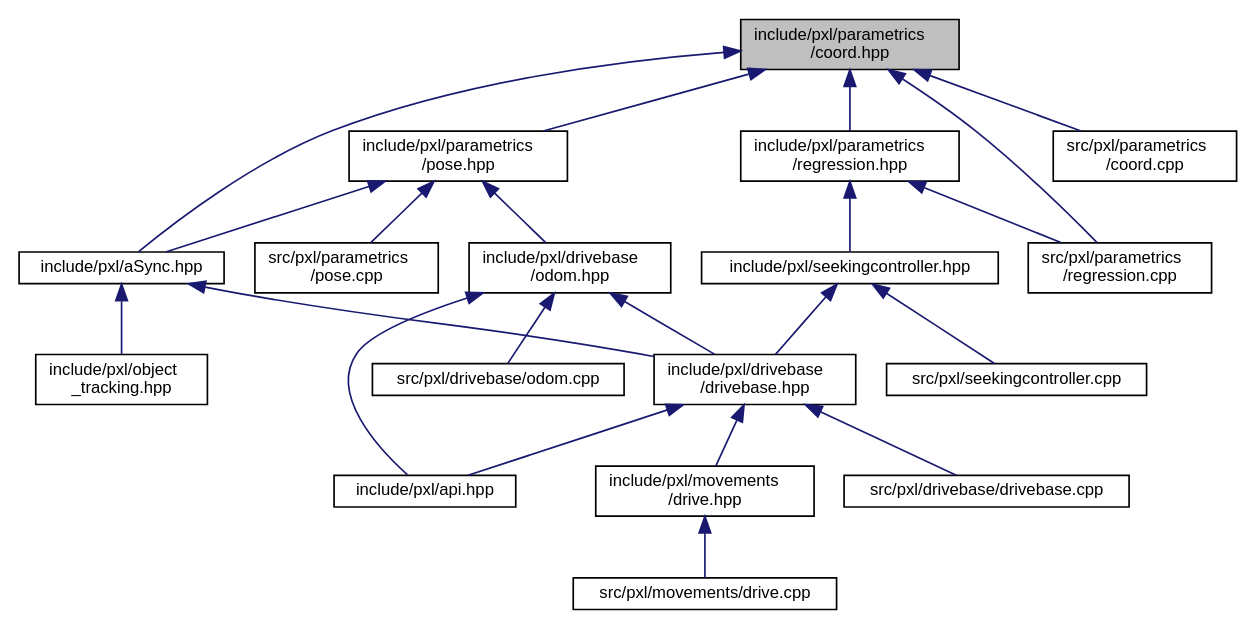
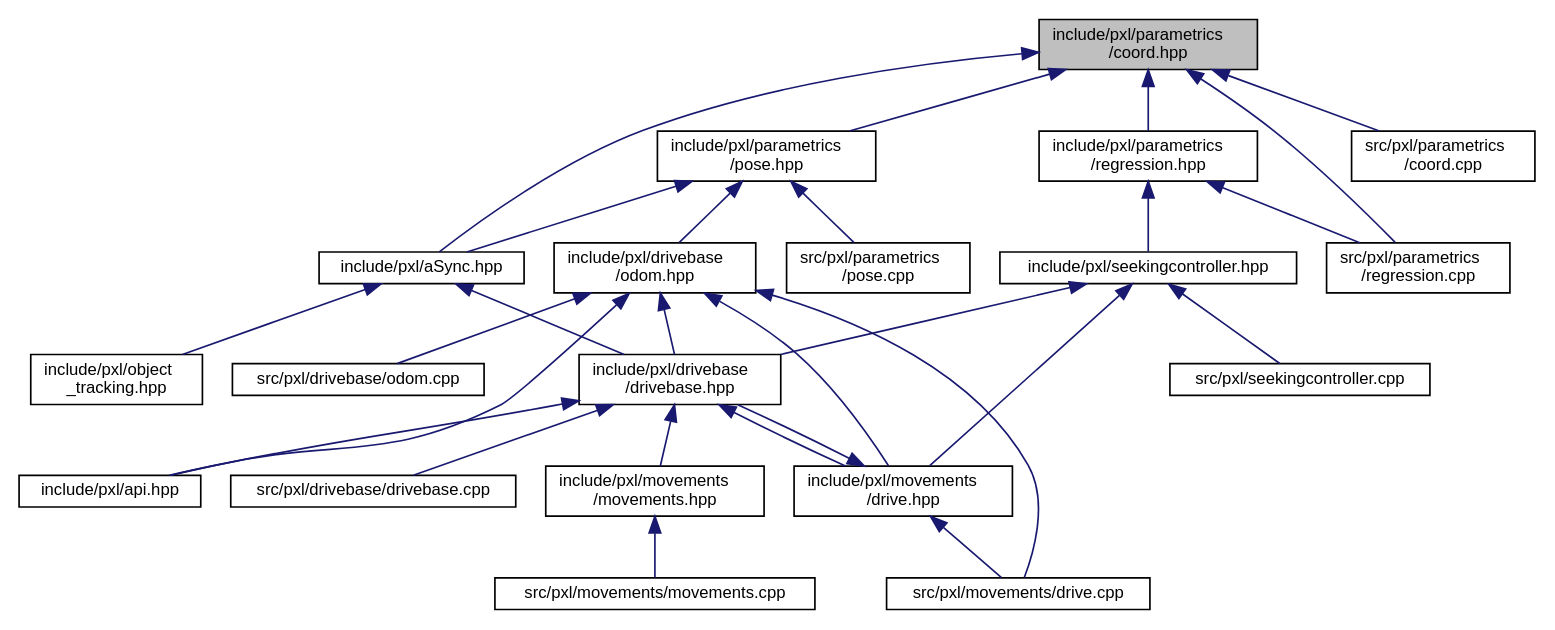
One commit to Pixel-Lib/Pixel changed the diagram in coord_8hpp__dep__incl.dot. Above: the diagram before and after it, drawn with Graphviz. The commit also changed 171 other files, not shown here.

```diff
--- a/coord_8hpp__dep__incl.dot
+++ b/coord_8hpp__dep__incl.dot
@@ -1,44 +1,52 @@
 digraph "include/pxl/parametrics/coord.hpp"
 {
  // LATEX_PDF_SIZE
   edge [fontname="Helvetica",fontsize="10",labelfontname="Helvetica",labelfontsize="10"];
   node [fontname="Helvetica",fontsize="10",shape=record];
   Node1 [label="include/pxl/parametrics\l/coord.hpp",height=0.2,width=0.4,color="black", fillcolor="grey75", style="filled", fontcolor="black",tooltip=" "];
   Node1 -> Node2 [dir="back",color="midnightblue",fontsize="10",style="solid",fontname="Helvetica"];
   Node2 [label="include/pxl/aSync.hpp",height=0.2,width=0.4,color="black", fillcolor="white", style="filled",URL="$aSync_8hpp.html",tooltip=" "];
   Node2 -> Node3 [dir="back",color="midnightblue",fontsize="10",style="solid",fontname="Helvetica"];
   Node3 [label="include/pxl/drivebase\l/drivebase.hpp",height=0.2,width=0.4,color="black", fillcolor="white", style="filled",URL="$drivebase_8hpp.html",tooltip=" "];
   Node3 -> Node4 [dir="back",color="midnightblue",fontsize="10",style="solid",fontname="Helvetica"];
   Node4 [label="include/pxl/api.hpp",height=0.2,width=0.4,color="black", fillcolor="white", style="filled",URL="$api_8hpp.html",tooltip=" "];
   Node3 -> Node5 [dir="back",color="midnightblue",fontsize="10",style="solid",fontname="Helvetica"];
   Node5 [label="include/pxl/movements\l/drive.hpp",height=0.2,width=0.4,color="black", fillcolor="white", style="filled",URL="$drive_8hpp.html",tooltip=" "];
+  Node5 -> Node3 [dir="back",color="midnightblue",fontsize="10",style="solid",fontname="Helvetica"];
   Node5 -> Node6 [dir="back",color="midnightblue",fontsize="10",style="solid",fontname="Helvetica"];
   Node6 [label="src/pxl/movements/drive.cpp",height=0.2,width=0.4,color="black", fillcolor="white", style="filled",URL="$drive_8cpp.html",tooltip=" "];
   Node3 -> Node7 [dir="back",color="midnightblue",fontsize="10",style="solid",fontname="Helvetica"];
-  Node7 [label="src/pxl/drivebase/drivebase.cpp",height=0.2,width=0.4,color="black", fillcolor="white", style="filled",URL="$drivebase_8cpp.html",tooltip=" "];
-  Node2 -> Node8 [dir="back",color="midnightblue",fontsize="10",style="solid",fontname="Helvetica"];
-  Node8 [label="include/pxl/object\l_tracking.hpp",height=0.2,width=0.4,color="black", fillcolor="white", style="filled",URL="$object__tracking_8hpp.html",tooltip=" "];
-  Node1 -> Node9 [dir="back",color="midnightblue",fontsize="10",style="solid",fontname="Helvetica"];
-  Node9 [label="include/pxl/parametrics\l/pose.hpp",height=0.2,width=0.4,color="black", fillcolor="white", style="filled",URL="$pose_8hpp.html",tooltip=" "];
-  Node9 -> Node2 [dir="back",color="midnightblue",fontsize="10",style="solid",fontname="Helvetica"];
-  Node9 -> Node10 [dir="back",color="midnightblue",fontsize="10",style="solid",fontname="Helvetica"];
-  Node10 [label="include/pxl/drivebase\l/odom.hpp",height=0.2,width=0.4,color="black", fillcolor="white", style="filled",URL="$odom_8hpp.html",tooltip=" "];
-  Node10 -> Node4 [dir="back",color="midnightblue",fontsize="10",style="solid",fontname="Helvetica"];
-  Node10 -> Node3 [dir="back",color="midnightblue",fontsize="10",style="solid",fontname="Helvetica"];
-  Node10 -> Node11 [dir="back",color="midnightblue",fontsize="10",style="solid",fontname="Helvetica"];
-  Node11 [label="src/pxl/drivebase/odom.cpp",height=0.2,width=0.4,color="black", fillcolor="white", style="filled",URL="$odom_8cpp.html",tooltip=" "];
-  Node9 -> Node12 [dir="back",color="midnightblue",fontsize="10",style="solid",fontname="Helvetica"];
-  Node12 [label="src/pxl/parametrics\l/pose.cpp",height=0.2,width=0.4,color="black", fillcolor="white", style="filled",URL="$pose_8cpp.html",tooltip=" "];
-  Node1 -> Node13 [dir="back",color="midnightblue",fontsize="10",style="solid",fontname="Helvetica"];
-  Node13 [label="include/pxl/parametrics\l/regression.hpp",height=0.2,width=0.4,color="black", fillcolor="white", style="filled",URL="$regression_8hpp.html",tooltip=" "];
-  Node13 -> Node14 [dir="back",color="midnightblue",fontsize="10",style="solid",fontname="Helvetica"];
-  Node14 [label="include/pxl/seekingcontroller.hpp",height=0.2,width=0.4,color="black", fillcolor="white", style="filled",URL="$seekingcontroller_8hpp.html",tooltip=" "];
-  Node14 -> Node3 [dir="back",color="midnightblue",fontsize="10",style="solid",fontname="Helvetica"];
-  Node14 -> Node15 [dir="back",color="midnightblue",fontsize="10",style="solid",fontname="Helvetica"];
-  Node15 [label="src/pxl/seekingcontroller.cpp",height=0.2,width=0.4,color="black", fillcolor="white", style="filled",URL="$seekingcontroller_8cpp.html",tooltip=" "];
-  Node13 -> Node16 [dir="back",color="midnightblue",fontsize="10",style="solid",fontname="Helvetica"];
-  Node16 [label="src/pxl/parametrics\l/regression.cpp",height=0.2,width=0.4,color="black", fillcolor="white", style="filled",URL="$regression_8cpp.html",tooltip=" "];
-  Node1 -> Node17 [dir="back",color="midnightblue",fontsize="10",style="solid",fontname="Helvetica"];
-  Node17 [label="src/pxl/parametrics\l/coord.cpp",height=0.2,width=0.4,color="black", fillcolor="white", style="filled",URL="$coord_8cpp.html",tooltip=" "];
-  Node1 -> Node16 [dir="back",color="midnightblue",fontsize="10",style="solid",fontname="Helvetica"];
+  Node7 [label="include/pxl/movements\l/movements.hpp",height=0.2,width=0.4,color="black", fillcolor="white", style="filled",URL="$movements_8hpp.html",tooltip=" "];
+  Node7 -> Node8 [dir="back",color="midnightblue",fontsize="10",style="solid",fontname="Helvetica"];
+  Node8 [label="src/pxl/movements/movements.cpp",height=0.2,width=0.4,color="black", fillcolor="white", style="filled",URL="$movements_8cpp.html",tooltip=" "];
+  Node3 -> Node9 [dir="back",color="midnightblue",fontsize="10",style="solid",fontname="Helvetica"];
+  Node9 [label="src/pxl/drivebase/drivebase.cpp",height=0.2,width=0.4,color="black", fillcolor="white", style="filled",URL="$drivebase_8cpp.html",tooltip=" "];
+  Node2 -> Node10 [dir="back",color="midnightblue",fontsize="10",style="solid",fontname="Helvetica"];
+  Node10 [label="include/pxl/object\l_tracking.hpp",height=0.2,width=0.4,color="black", fillcolor="white", style="filled",URL="$object__tracking_8hpp.html",tooltip=" "];
+  Node1 -> Node11 [dir="back",color="midnightblue",fontsize="10",style="solid",fontname="Helvetica"];
+  Node11 [label="include/pxl/parametrics\l/pose.hpp",height=0.2,width=0.4,color="black", fillcolor="white", style="filled",URL="$pose_8hpp.html",tooltip=" "];
+  Node11 -> Node2 [dir="back",color="midnightblue",fontsize="10",style="solid",fontname="Helvetica"];
+  Node11 -> Node12 [dir="back",color="midnightblue",fontsize="10",style="solid",fontname="Helvetica"];
+  Node12 [label="include/pxl/drivebase\l/odom.hpp",height=0.2,width=0.4,color="black", fillcolor="white", style="filled",URL="$odom_8hpp.html",tooltip=" "];
+  Node12 -> Node4 [dir="back",color="midnightblue",fontsize="10",style="solid",fontname="Helvetica"];
+  Node12 -> Node3 [dir="back",color="midnightblue",fontsize="10",style="solid",fontname="Helvetica"];
+  Node12 -> Node5 [dir="back",color="midnightblue",fontsize="10",style="solid",fontname="Helvetica"];
+  Node12 -> Node13 [dir="back",color="midnightblue",fontsize="10",style="solid",fontname="Helvetica"];
+  Node13 [label="src/pxl/drivebase/odom.cpp",height=0.2,width=0.4,color="black", fillcolor="white", style="filled",URL="$odom_8cpp.html",tooltip=" "];
+  Node12 -> Node6 [dir="back",color="midnightblue",fontsize="10",style="solid",fontname="Helvetica"];
+  Node11 -> Node14 [dir="back",color="midnightblue",fontsize="10",style="solid",fontname="Helvetica"];
+  Node14 [label="src/pxl/parametrics\l/pose.cpp",height=0.2,width=0.4,color="black", fillcolor="white", style="filled",URL="$pose_8cpp.html",tooltip=" "];
+  Node1 -> Node15 [dir="back",color="midnightblue",fontsize="10",style="solid",fontname="Helvetica"];
+  Node15 [label="include/pxl/parametrics\l/regression.hpp",height=0.2,width=0.4,color="black", fillcolor="white", style="filled",URL="$regression_8hpp.html",tooltip=" "];
+  Node15 -> Node16 [dir="back",color="midnightblue",fontsize="10",style="solid",fontname="Helvetica"];
+  Node16 [label="include/pxl/seekingcontroller.hpp",height=0.2,width=0.4,color="black", fillcolor="white", style="filled",URL="$seekingcontroller_8hpp.html",tooltip=" "];
+  Node16 -> Node3 [dir="back",color="midnightblue",fontsize="10",style="solid",fontname="Helvetica"];
+  Node16 -> Node5 [dir="back",color="midnightblue",fontsize="10",style="solid",fontname="Helvetica"];
+  Node16 -> Node17 [dir="back",color="midnightblue",fontsize="10",style="solid",fontname="Helvetica"];
+  Node17 [label="src/pxl/seekingcontroller.cpp",height=0.2,width=0.4,color="black", fillcolor="white", style="filled",URL="$seekingcontroller_8cpp.html",tooltip=" "];
+  Node15 -> Node18 [dir="back",color="midnightblue",fontsize="10",style="solid",fontname="Helvetica"];
+  Node18 [label="src/pxl/parametrics\l/regression.cpp",height=0.2,width=0.4,color="black", fillcolor="white", style="filled",URL="$regression_8cpp.html",tooltip=" "];
+  Node1 -> Node19 [dir="back",color="midnightblue",fontsize="10",style="solid",fontname="Helvetica"];
+  Node19 [label="src/pxl/parametrics\l/coord.cpp",height=0.2,width=0.4,color="black", fillcolor="white", style="filled",URL="$coord_8cpp.html",tooltip=" "];
+  Node1 -> Node18 [dir="back",color="midnightblue",fontsize="10",style="solid",fontname="Helvetica"];
 }
```
